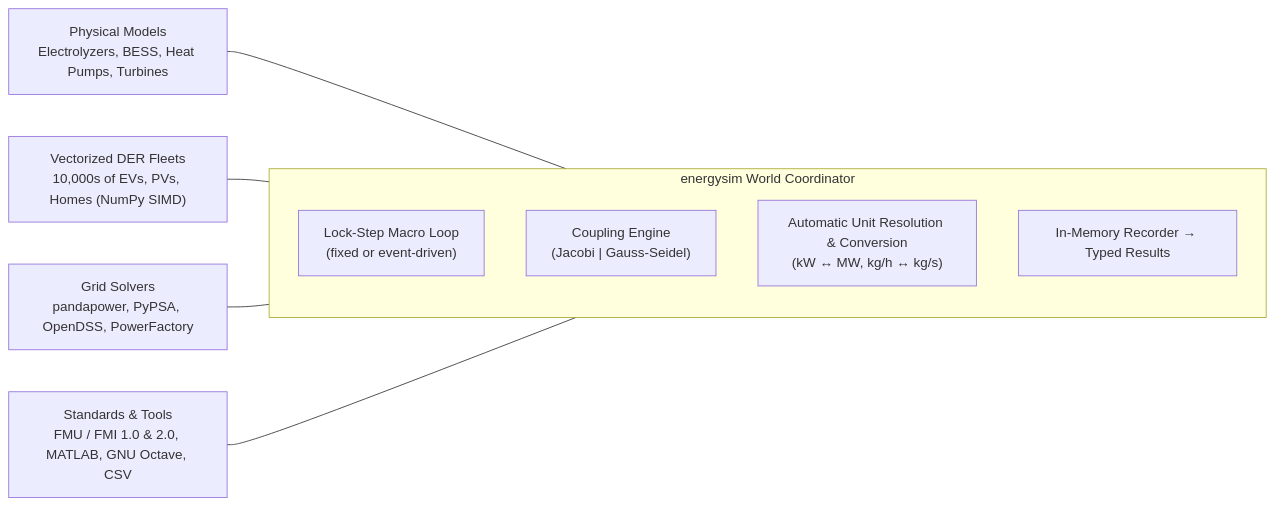
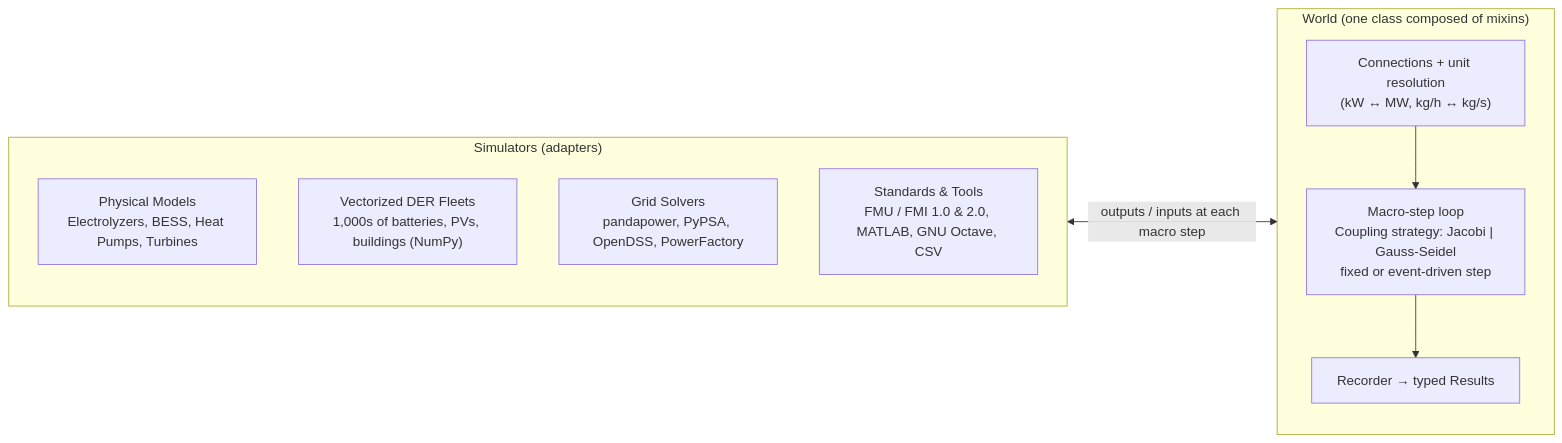
One commit to dgusain1/energysim changed the diagram in README.md. Above: the diagram before and after it, drawn with Mermaid. The commit also changed other lines of this file and 12 other files, not shown here.

First line of the commit message:
docs: correct README diagram and claims; fix inaccuracies across docs

````diff
--- a/README.md
+++ b/README.md
@@ -41,15 +41,19 @@
 ```mermaid
 flowchart LR
-    subgraph W["energysim World Coordinator"]
-        direction TB
-        S["Lock-Step Macro Loop<br/>(fixed or event-driven)"]
-        C["Coupling Engine<br/>(Jacobi | Gauss-Seidel)"]
-        U["Automatic Unit Resolution & Conversion<br/>(kW ↔ MW, kg/h ↔ kg/s)"]
-        R["In-Memory Recorder → Typed Results"]
+    subgraph IN["Simulators (adapters)"]
+        M["Physical Models<br/>Electrolyzers, BESS, Heat Pumps, Turbines"]
+        F["Vectorized DER Fleets<br/>1,000s of batteries, PVs, buildings (NumPy)"]
+        G["Grid Solvers<br/>pandapower, PyPSA, OpenDSS, PowerFactory"]
+        X["Standards & Tools<br/>FMU / FMI 1.0 & 2.0, MATLAB, GNU Octave, CSV"]
     end
 
-    M["Physical Models<br/>Electrolyzers, BESS, Heat Pumps, Turbines"] --- W
-    F["Vectorized DER Fleets<br/>10,000s of EVs, PVs, Homes (NumPy SIMD)"] --- W
-    G["Grid Solvers<br/>pandapower, PyPSA, OpenDSS, PowerFactory"] --- W
-    X["Standards & Tools<br/>FMU / FMI 1.0 & 2.0, MATLAB, GNU Octave, CSV"] --- W
+    subgraph W["World (one class composed of mixins)"]
+        direction TB
+        C["Connections + unit resolution<br/>(kW ↔ MW, kg/h ↔ kg/s)"]
+        S["Macro-step loop<br/>Coupling strategy: Jacobi | Gauss-Seidel<br/>fixed or event-driven step"]
+        R["Recorder → typed Results"]
+        C --> S --> R
+    end
+
+    IN <-->|"outputs / inputs at each macro step"| W
 ```
````
